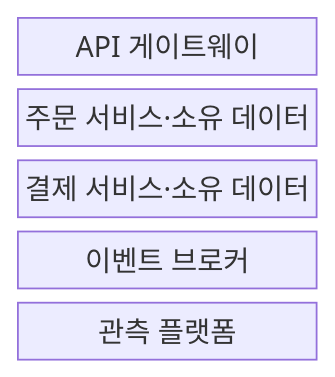
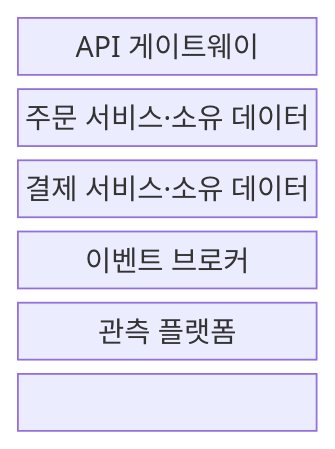
Before and after one commit to agnusdei1207/knowledge-base: the first of 2 diagrams in src/content/docs/notes/03-software/039_microservice_architecture.md, drawn with Mermaid. The commit also changed other lines of this file and 238 other files, not shown here.

````diff
--- a/src/content/docs/notes/03-software/039_microservice_architecture.md
+++ b/src/content/docs/notes/03-software/039_microservice_architecture.md
@@ -67,9 +67,12 @@
 ```mermaid
-block
+block-beta
   columns 1
   G["API 게이트웨이"]
   O["주문 서비스·소유 데이터"]
   P["결제 서비스·소유 데이터"]
   B["이벤트 브로커"]
   M["관측 플랫폼"]
+  G --- O --- B
+  G --- P --- B
+  O --- M --- P
 ```
````
